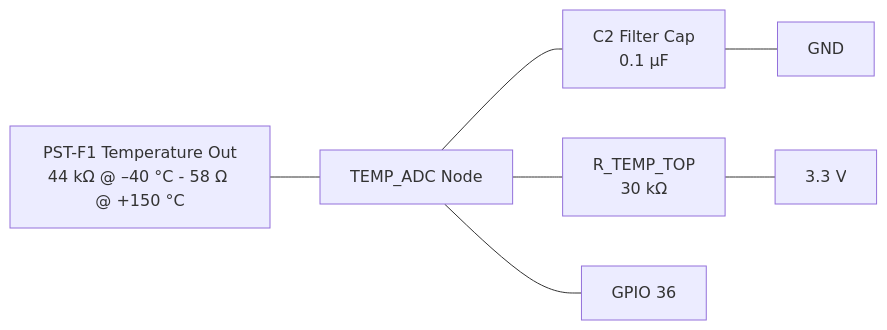
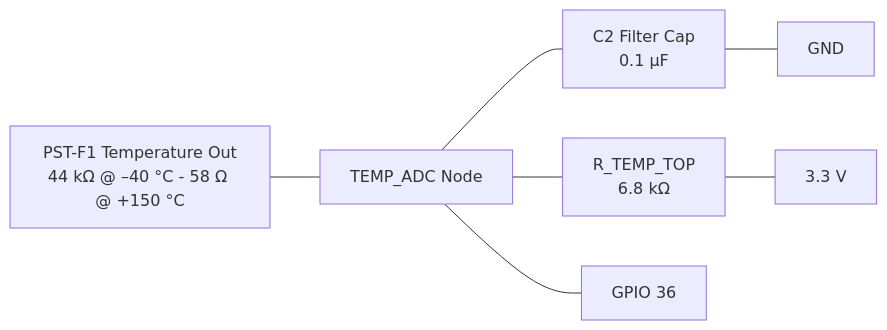
One commit to DinoLeung/can-bus-injector changed the second of 2 diagrams in bolt-on-bosch-pst-f-1/README.md. Above: the diagram before and after it, drawn with Mermaid. The commit also changed other lines of this file and 2 other files, not shown here.

````diff
--- a/bolt-on-bosch-pst-f-1/README.md
+++ b/bolt-on-bosch-pst-f-1/README.md
@@ -65,15 +64,15 @@
 ``` mermaid
 flowchart LR
   PSTF1_P["PST-F1 Temperature Out<br/>44 kΩ @ –40 °C - 58 Ω @ +150 °C"]
-  R_TEMP_TOP["R_TEMP_TOP<br/>30 kΩ"]
+  R_TEMP_TOP["R_TEMP_TOP<br/>6.8 kΩ"]
   TEMP_ADC["TEMP_ADC Node"]
   C2["C2 Filter Cap<br/>0.1 µF"]
   GND["GND"]
   VCC["3.3 V"]
   GPIO["GPIO 36"]
 
   PSTF1_P --- TEMP_ADC
   TEMP_ADC --- C2 --- GND
   TEMP_ADC --- R_TEMP_TOP --- VCC
   TEMP_ADC --- GPIO
 ```
````
